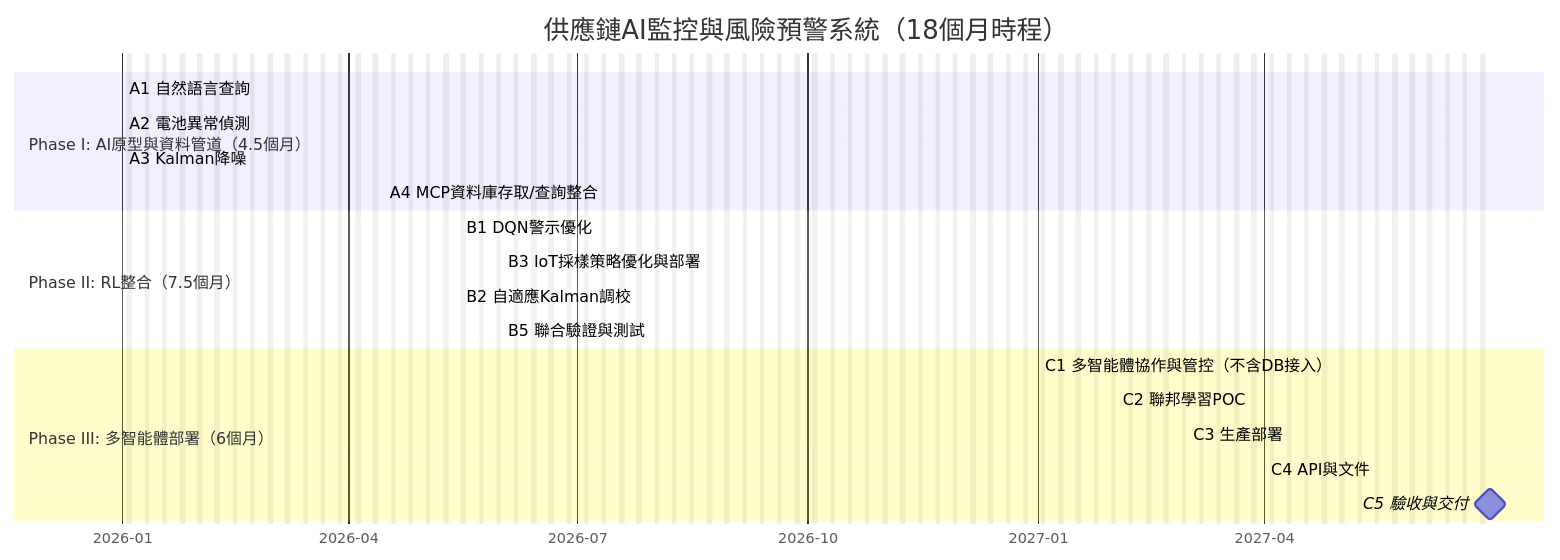
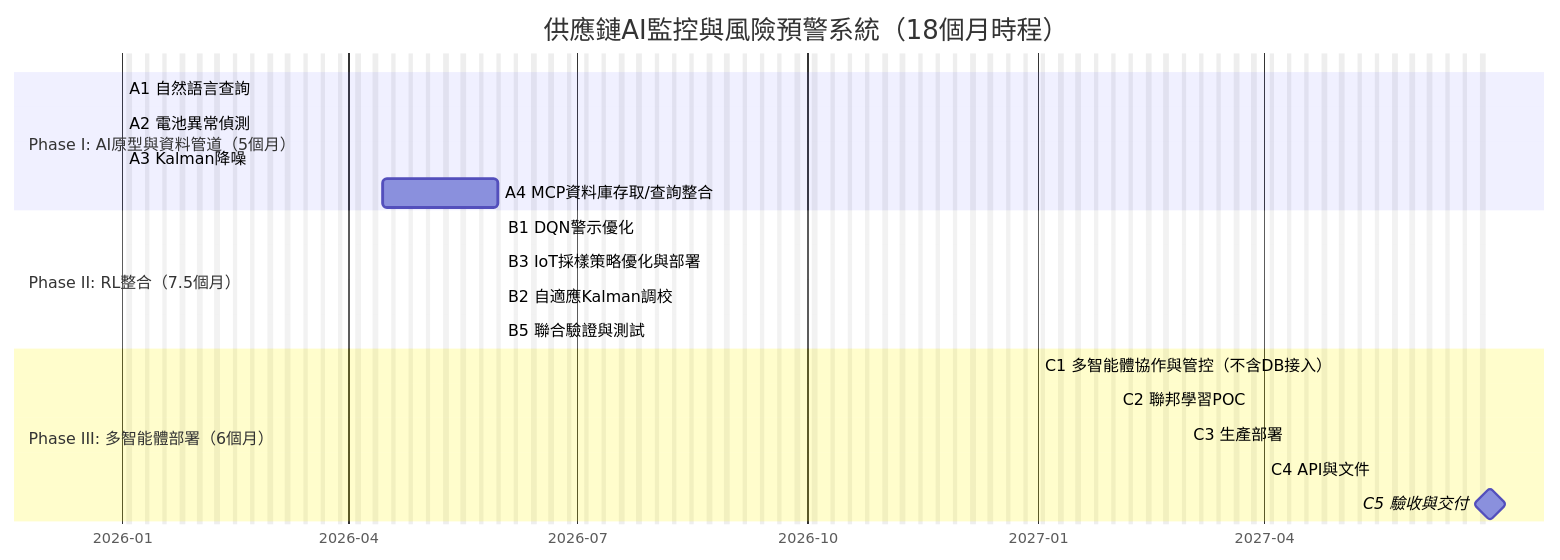
The diagram in proposal/AI應用躍昇計畫-計畫書-提交版.md (jshuo/ai-moea-proposal), drawn with Mermaid before and after one commit. The commit also changed other lines of this file, not shown here.

````diff
--- a/proposal/AI應用躍昇計畫-計畫書-提交版.md
+++ b/proposal/AI應用躍昇計畫-計畫書-提交版.md
@@ -298,26 +396,26 @@
 ```mermaid
 gantt
     title 供應鏈AI監控與風險預警系統（18個月時程）
     dateFormat  YYYY-MM-DD
     axisFormat  %Y-%m
     excludes    weekends
 
-    section Phase I: AI原型與資料管道（4.5個月）
+  section Phase I: AI原型與資料管道（5個月）
     A1 自然語言查詢                 :a1, 2026-01-01, 3.5m
     A2 電池異常偵測                 :a2, 2026-01-01, 3.5m
     A3 Kalman降噪                   :a3, 2026-01-01, 3.0m
-    A4 MCP資料庫存取/查詢整合        :a4, 2026-04-15, 1.0m
+  A4 MCP資料庫存取/查詢整合        :a4, 2026-04-15, 2026-05-31
 
     section Phase II: RL整合（7.5個月）
-    B1 DQN警示優化              :b1, 2026-05-15, 4.0m
+  B1 DQN警示優化              :b1, 2026-06-01, 4.0m
     B3 IoT採樣策略優化與部署    :b3, 2026-06-01, 5.5m
-    B2 自適應Kalman調校             :b2, 2026-05-15, 3.5m
+  B2 自適應Kalman調校             :b2, 2026-06-01, 3.5m
     B5 聯合驗證與測試               :b5, after b1 b3 b2, 1.0m
 
     section Phase III: 多智能體部署（6個月）
     C1 多智能體協作與管控（不含DB接入） :c1, 2027-01-01, 3.0m
     C2 聯邦學習POC                   :c2, 2027-02-01, 2.5m
     C3 生產部署                      :c3, 2027-03-01, 2.5m
     C4 API與文件                     :c4, 2027-04-01, 1.0m
     C5 驗收與交付                    :milestone, c5, 2027-06-30, 0d
 ```
````
